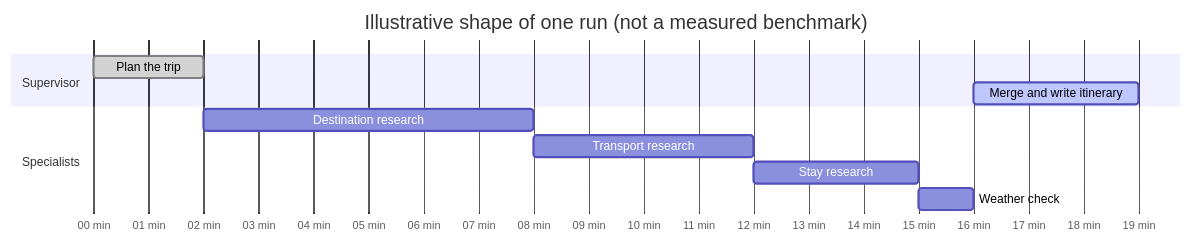
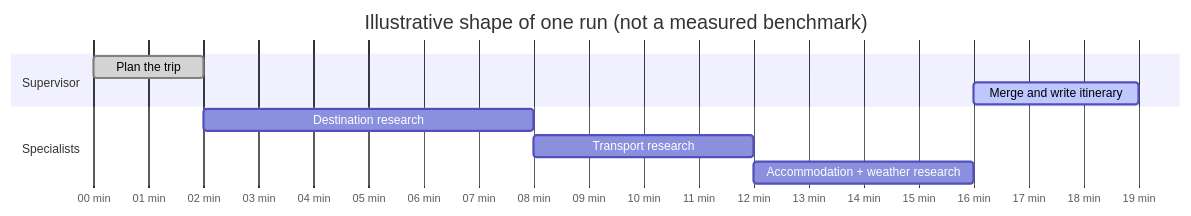
One commit to yadavnitesh86/Waynora changed the fifth of 6 diagrams in README.md. Above: the diagram before and after it, drawn with Mermaid. The commit also changed other lines of this file, not shown here.

````diff
--- a/README.md
+++ b/README.md
@@ -203,14 +202,13 @@
 ```mermaid
 gantt
     title Illustrative shape of one run (not a measured benchmark)
     dateFormat HH:mm
     axisFormat %M min
     section Supervisor
     Plan the trip            :done, p1, 00:00, 00:02
     Merge and write itinerary :active, p2, 00:16, 00:19
     section Specialists
     Destination research     :s1, 00:02, 00:08
     Transport research       :s2, 00:08, 00:12
-    Stay research            :s3, 00:12, 00:15
-    Weather check            :s4, 00:15, 00:16
+    Accommodation + weather research :s3, 00:12, 00:16
 ```
````
